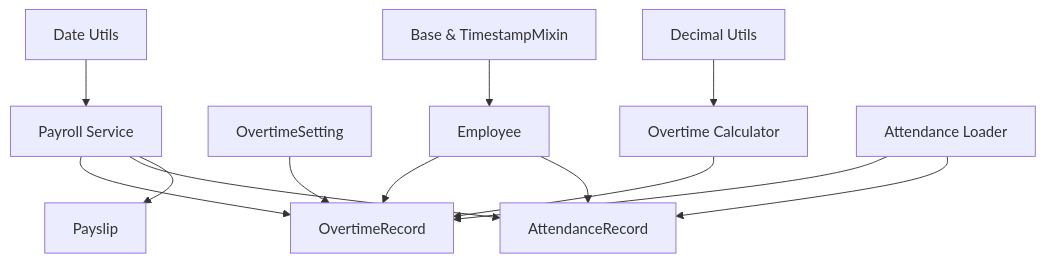
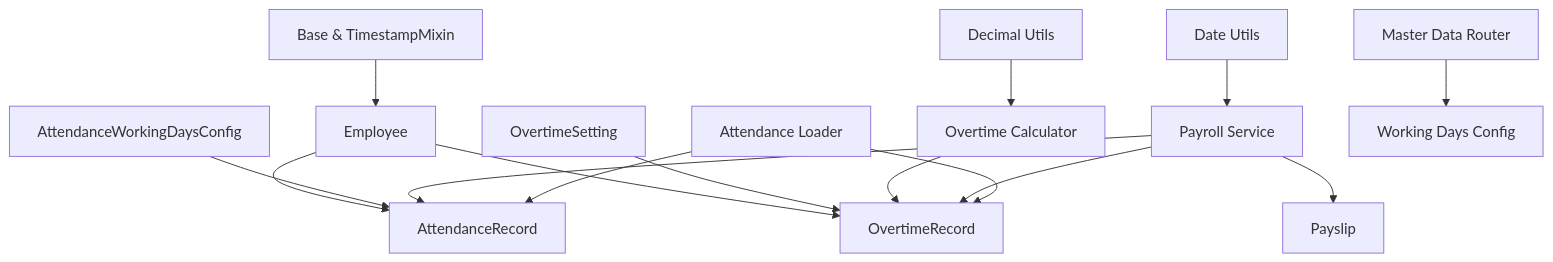
The ninth of 9 diagrams in .qoder/repowiki/en/content/Attendance & Overtime.md (bikinaplikasipakeqoder-dot/payroll-hris), drawn with Mermaid before and after one commit. The commit also changed other lines of this file and 12 other files, not shown here.

````diff
--- a/.qoder/repowiki/en/content/Attendance & Overtime.md
+++ b/.qoder/repowiki/en/content/Attendance & Overtime.md
@@ -507,25 +648,30 @@
 ```mermaid
 graph TB
 Base["Base & TimestampMixin"]
 Emp["Employee"]
 Att["AttendanceRecord"]
 OT["OvertimeRecord"]
 OS["OvertimeSetting"]
+AWDC["AttendanceWorkingDaysConfig"]
 OTCalc["Overtime Calculator"]
 PayrollSvc["Payroll Service"]
 AttLoader["Attendance Loader"]
 DecimalUtils["Decimal Utils"]
 DateUtils["Date Utils"]
+MasterData["Master Data Router"]
+WDConfig["Working Days Config"]
 Base --> Emp
 Emp --> Att
 Emp --> OT
 OS --> OT
+AWDC --> Att
 OTCalc --> OT
 PayrollSvc --> Payslip
 PayrollSvc --> Att
 PayrollSvc --> OT
 AttLoader --> Att
 AttLoader --> OT
 DecimalUtils --> OTCalc
 DateUtils --> PayrollSvc
+MasterData --> WDConfig
 ```
````
